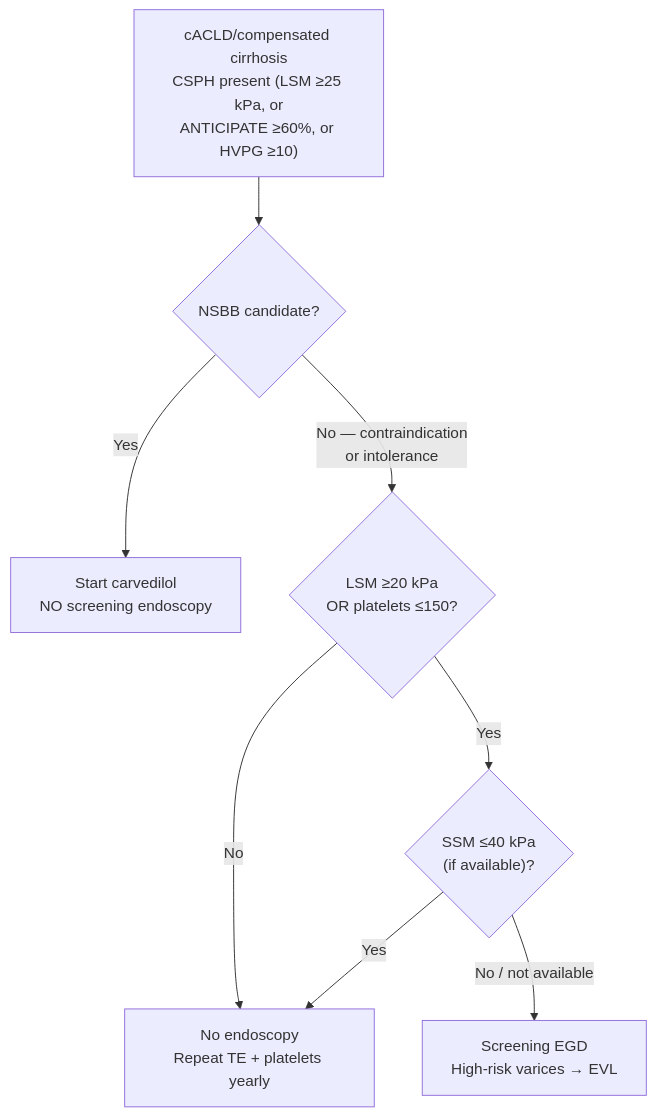
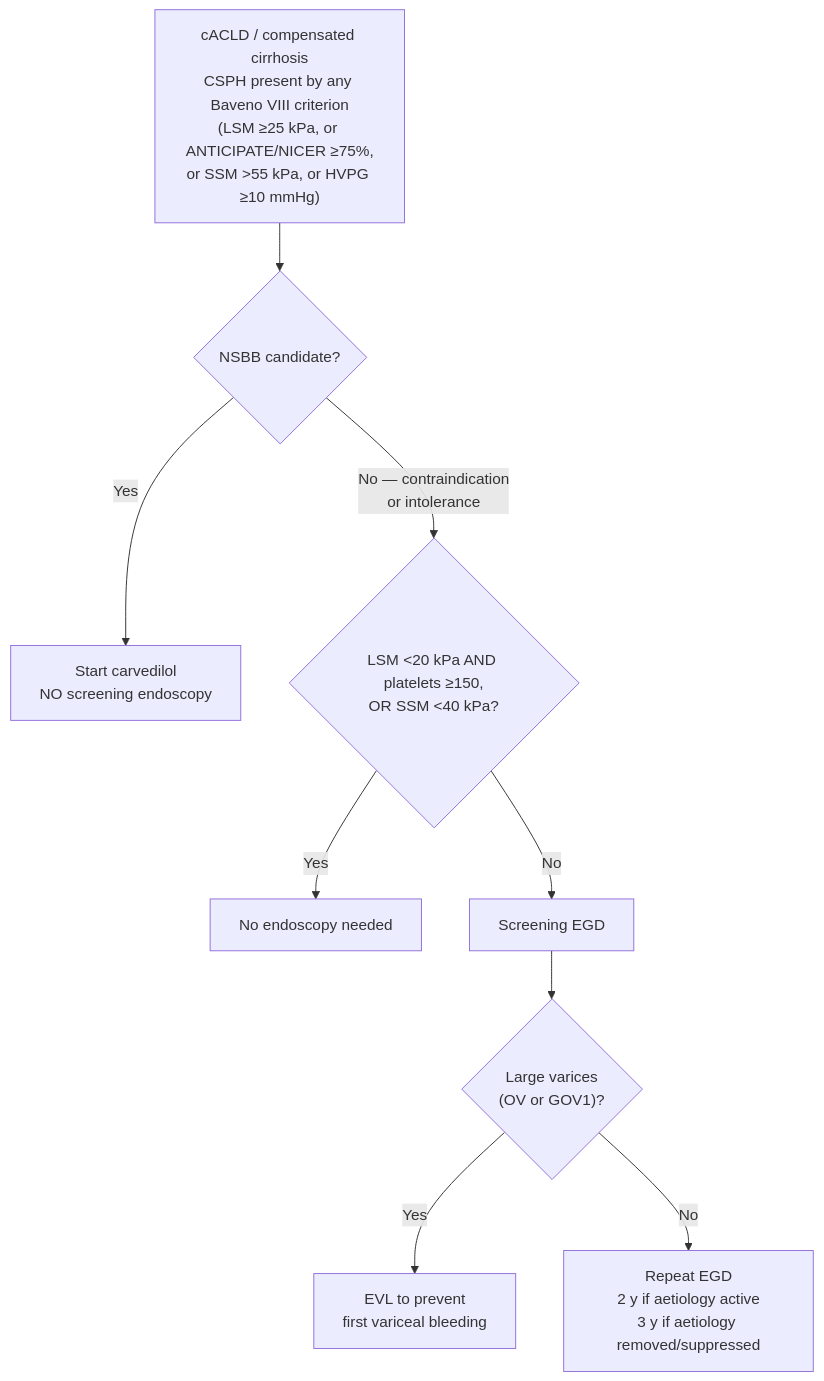
The diagram in KHNL-GI-Wiki/wiki/1-disease-scripts/hepatology-diseases/portal-hypertension.md (KHNickLeMD/KHNL-GI-Wiki), drawn with Mermaid before and after one commit. The commit also changed other lines of this file and 31 other files, not shown here.

First line of the commit message:
ingest: 3 tier-1 2026 sources (Baveno VIII, AGA C. diff adults, AGA electrosurgery)

````diff
--- a/KHNL-GI-Wiki/wiki/1-disease-scripts/hepatology-diseases/portal-hypertension.md
+++ b/KHNL-GI-Wiki/wiki/1-disease-scripts/hepatology-diseases/portal-hypertension.md
@@ -153,10 +186,11 @@
 ```mermaid
 flowchart TD
-    A["cACLD/compensated cirrhosis<br/>CSPH present (LSM ≥25 kPa, or<br/>ANTICIPATE ≥60%, or HVPG ≥10)"] --> B{"NSBB candidate?"}
+    A["cACLD / compensated cirrhosis<br/>CSPH present by any Baveno VIII criterion<br/>(LSM ≥25 kPa, or ANTICIPATE/NICER ≥75%,<br/>or SSM >55 kPa, or HVPG ≥10 mmHg)"] --> B{"NSBB candidate?"}
     B -->|"Yes"| C["Start carvedilol<br/>NO screening endoscopy"]
-    B -->|"No — contraindication<br/>or intolerance"| D{"LSM ≥20 kPa<br/>OR platelets ≤150?"}
-    D -->|"No"| E["No endoscopy<br/>Repeat TE + platelets yearly"]
-    D -->|"Yes"| F{"SSM ≤40 kPa<br/>(if available)?"}
-    F -->|"Yes"| E
-    F -->|"No / not available"| G["Screening EGD<br/>High-risk varices → EVL"]
+    B -->|"No — contraindication<br/>or intolerance"| D{"LSM <20 kPa AND platelets ≥150,<br/>OR SSM <40 kPa?"}
+    D -->|"Yes"| E["No endoscopy needed"]
+    D -->|"No"| F["Screening EGD"]
+    F --> G{"Large varices<br/>(OV or GOV1)?"}
+    G -->|"Yes"| H["EVL to prevent<br/>first variceal bleeding"]
+    G -->|"No"| I["Repeat EGD<br/>2 y if aetiology active<br/>3 y if aetiology removed/suppressed"]
 ```
````
